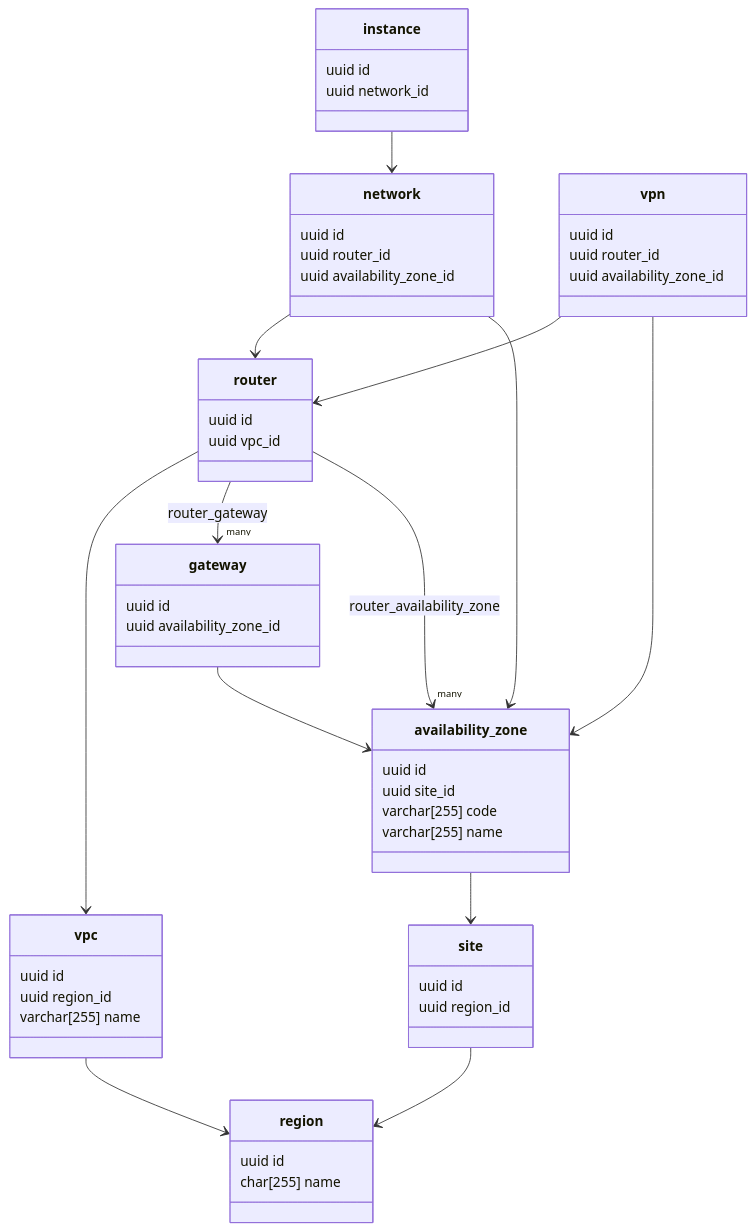
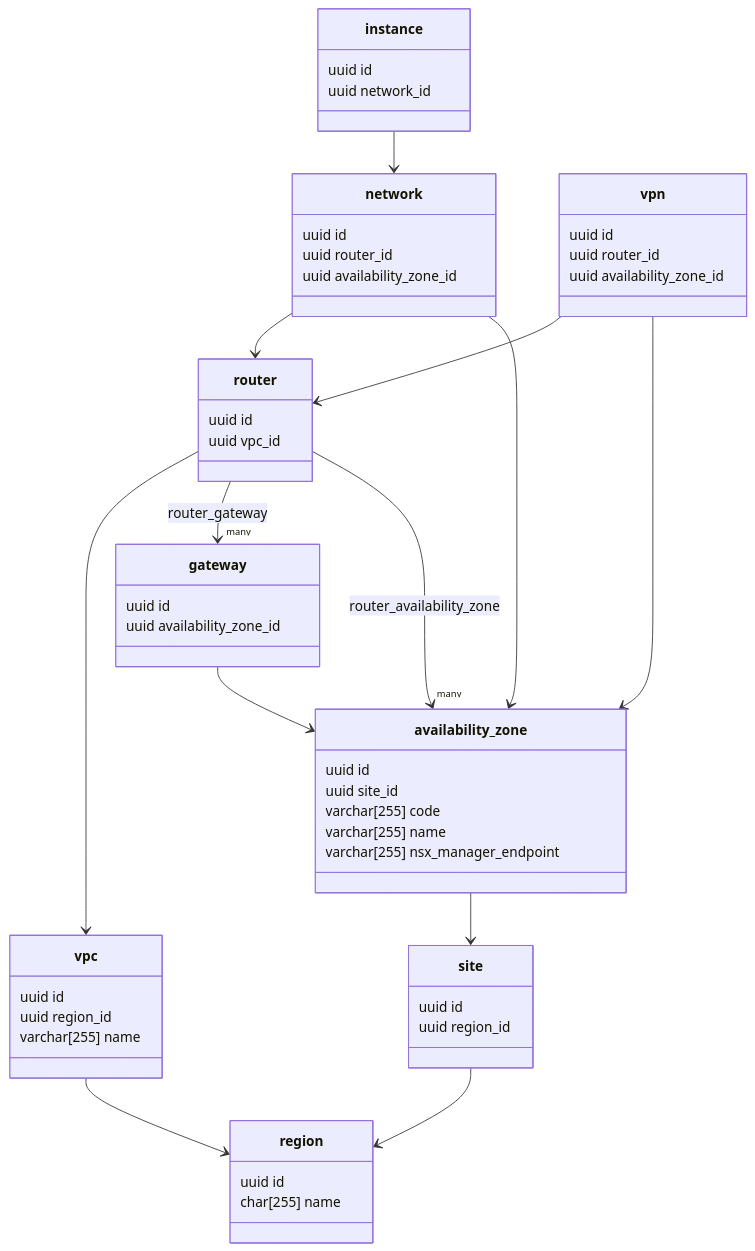
One commit to kostivasiev/ecloud changed the diagram in v2-overview.md. Above: the diagram before and after it, drawn with Mermaid.

Commit message:
first draft v2 overview mermaid doc

````diff
--- a/v2-overview.md
+++ b/v2-overview.md
@@ -1,64 +1,65 @@
 ```mermaid
 classDiagram
     class region {
         uuid id
         char[255] name
     }
 
     class vpc {
         uuid id
         uuid region_id
         varchar[255] name
     }
     vpc --> region
 
     class site {
         uuid id
         uuid region_id
     }
     site --> region
 
     class availability_zone {
         uuid id 
         uuid site_id
         varchar[255] code
         varchar[255] name
+        varchar[255] nsx_manager_endpoint
     }
     availability_zone --> site
 
     class gateway {
         uuid id
         uuid availability_zone_id
     }
     gateway --> availability_zone
 
     class network {
         uuid id
         uuid router_id
         uuid availability_zone_id
     }
     network --> router
     network --> availability_zone
 
     class router {
         uuid id
         uuid vpc_id
     }
     router --> vpc
     router --> "many" gateway : router_gateway
     router --> "many" availability_zone : router_availability_zone
 
     class vpn {
         uuid id
         uuid router_id
         uuid availability_zone_id
     }
     vpn --> router
     vpn --> availability_zone
 
     class instance {
         uuid id
         uuid network_id
     }
     instance --> network
 ```
````
